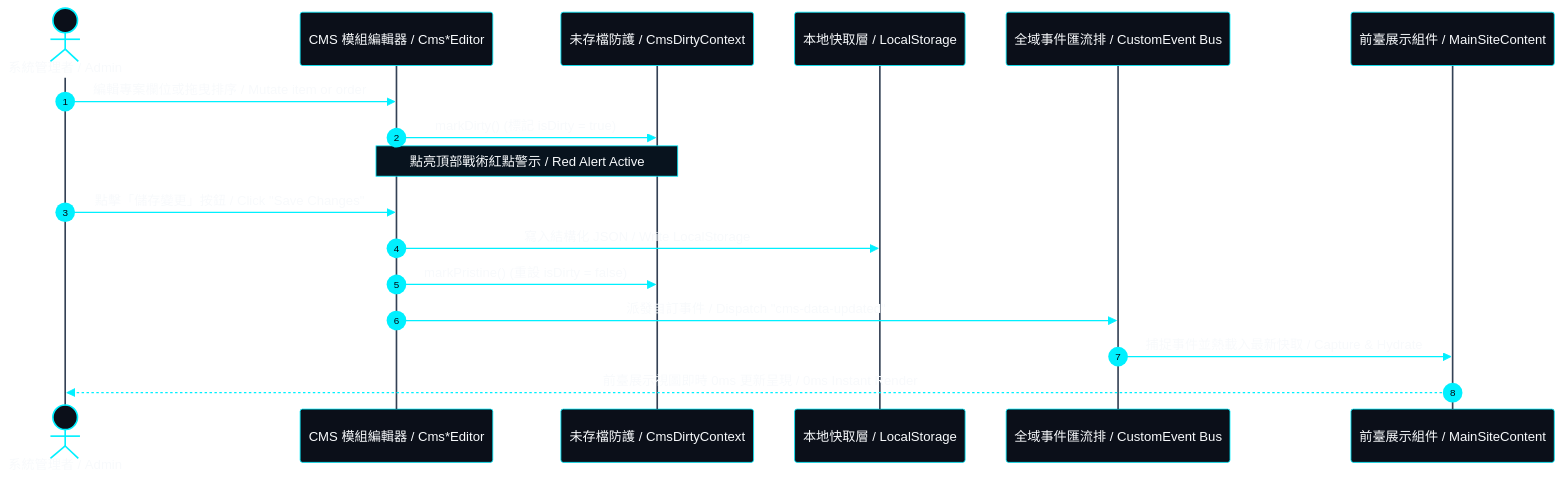
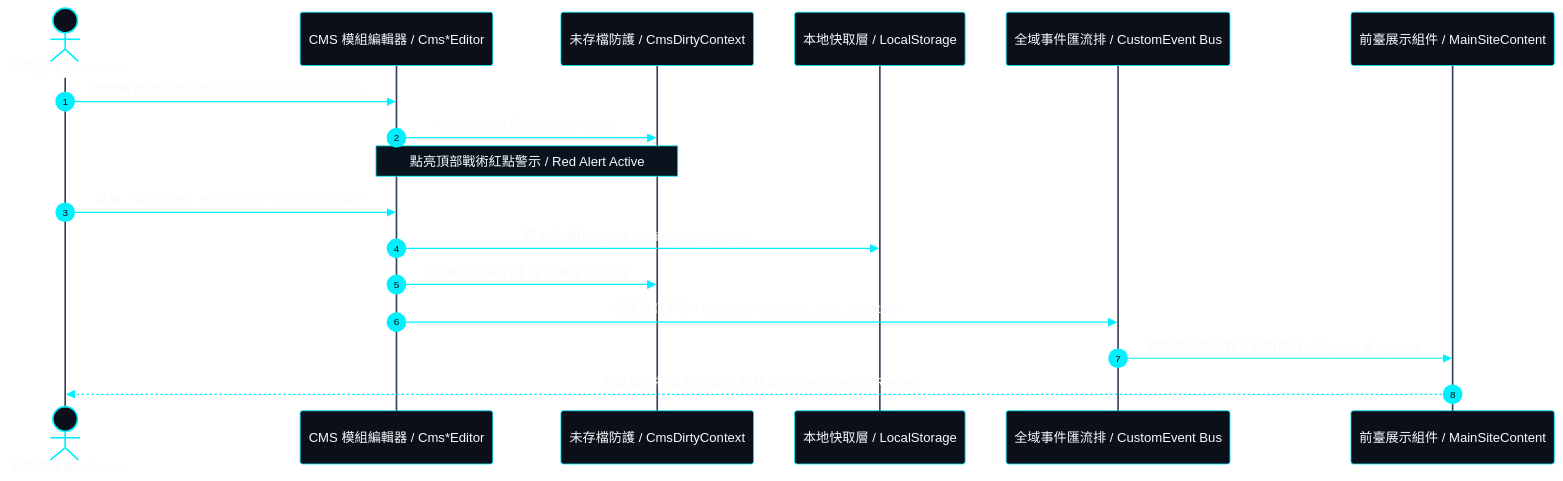
The third of 3 diagrams in README.md (EricXJason/my-portfolio-website), drawn with Mermaid before and after one commit. The commit also changed other lines of this file and 13 other files, not shown here.

````diff
--- a/README.md
+++ b/README.md
@@ -177,40 +181,40 @@
 ```mermaid
 %%{init: {
   'theme': 'base',
   'themeVariables': {
     'darkMode': true,
     'background': '#030712',
     'actorBkg': '#0b0f19',
     'actorBorder': '#00f0ff',
     'actorTextColor': '#f8fafc',
     'actorLineColor': '#334155',
     'signalColor': '#00f0ff',
     'signalTextColor': '#f8fafc',
     'labelBoxBkgColor': '#0b0f19',
     'labelBoxBorderColor': '#334155',
     'labelTextColor': '#f8fafc',
     'noteBorderColor': '#00f0ff',
     'noteBkgColor': '#08131e',
     'noteTextColor': '#f8fafc'
   }
 }}%%
 sequenceDiagram
     autonumber
     actor Admin as 系統管理者 / Admin
     participant CMS as CMS 模組編輯器 / Cms*Editor
     participant DirtyCtx as 未存檔防護 / CmsDirtyContext
     participant Cache as 本地快取層 / LocalStorage
     participant Bus as 全域事件匯流排 / CustomEvent Bus
     participant View as 前臺展示組件 / MainSiteContent
 
     Admin->>CMS: 編輯專案欄位或拖曳排序 / Mutate item or order
     CMS->>DirtyCtx: markDirty() (標記 isDirty = true)
     Note over DirtyCtx,CMS: 點亮頂部戰術紅點警示 / Red Alert Active
     
     Admin->>CMS: 點擊「儲存變更」按鈕 / Click "Save Changes"
     CMS->>Cache: 寫入結構化 JSON / Write LocalStorage
     CMS->>DirtyCtx: markPristine() (重設 isDirty = false)
-    CMS->>Bus: 派發自訂事件 / Dispatch "cms-data-updated"
+    CMS->>Bus: 派發自訂事件 / Dispatch "portfolio_data_updated"
     Bus->>View: 捕捉事件並熱載入最新快取 / Capture & Hydrate
     View-->>Admin: 前臺展示視圖即時 0ms 更新呈現 / 0ms Instant Render
 ```
````
